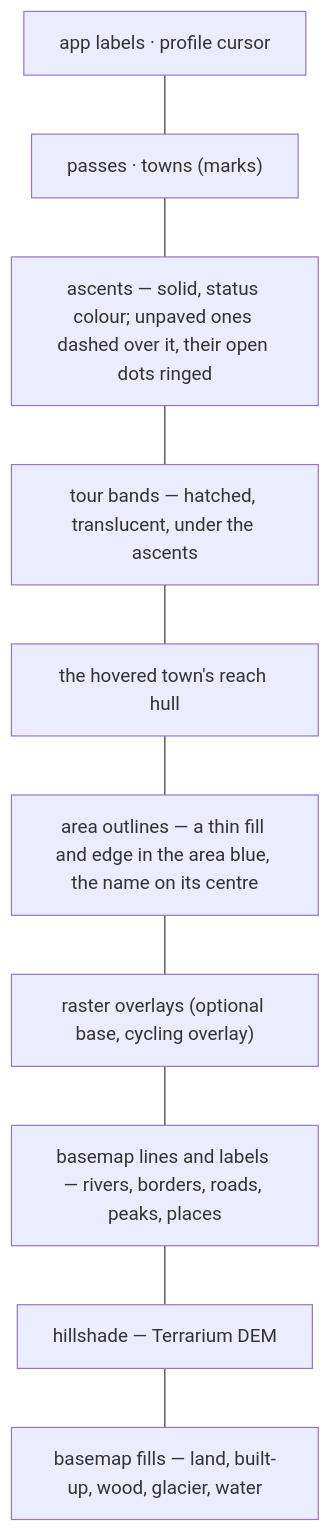
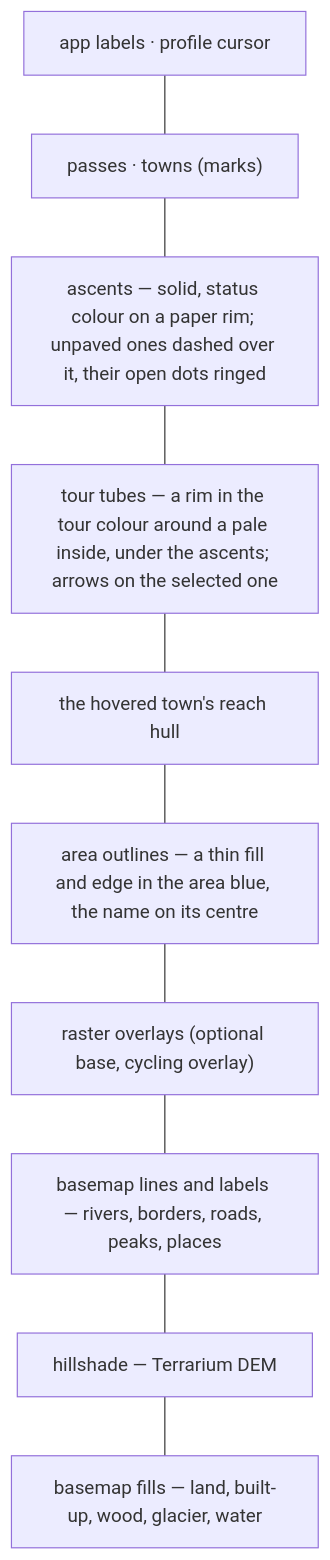
Before and after one commit to mdugue/alpen: the first of 4 diagrams in docs/map-rendering.md, drawn with Mermaid. The commit also changed other lines of this file and 8 other files, not shown here.

First line of the commit message:
Draw tours as a tube around their ascents instead of a hatched band

````diff
--- a/docs/map-rendering.md
+++ b/docs/map-rendering.md
@@ -168,14 +168,14 @@
 ```mermaid
 flowchart TB
   L9["app labels · profile cursor"]
   L8["passes · towns (marks)"]
-  L7["ascents — solid, status colour; unpaved ones dashed over it, their open dots ringed"]
-  L6["tour bands — hatched, translucent, under the ascents"]
+  L7["ascents — solid, status colour on a paper rim; unpaved ones dashed over it, their open dots ringed"]
+  L6["tour tubes — a rim in the tour colour around a pale inside, under the ascents; arrows on the selected one"]
   L5["the hovered town's reach hull"]
   L45["area outlines — a thin fill and edge in the area blue, the name on its centre"]
   L4["raster overlays (optional base, cycling overlay)"]
   L3["basemap lines and labels — rivers, borders, roads, peaks, places"]
   L2["hillshade — Terrarium DEM"]
   L1["basemap fills — land, built-up, wood, glacier, water"]
   L9 --- L8 --- L7 --- L6 --- L5 --- L45 --- L4 --- L3 --- L2 --- L1
 ```
````
